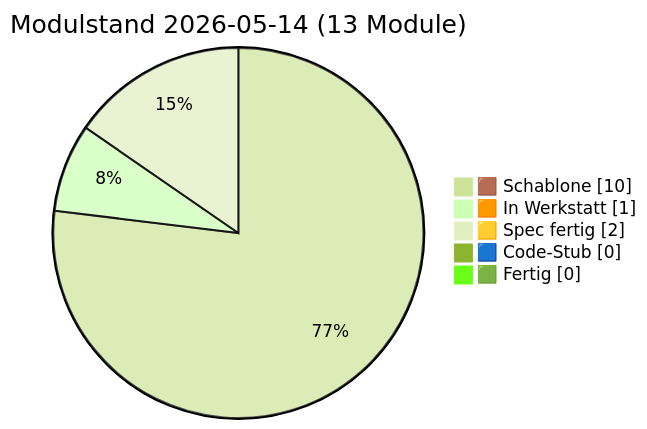
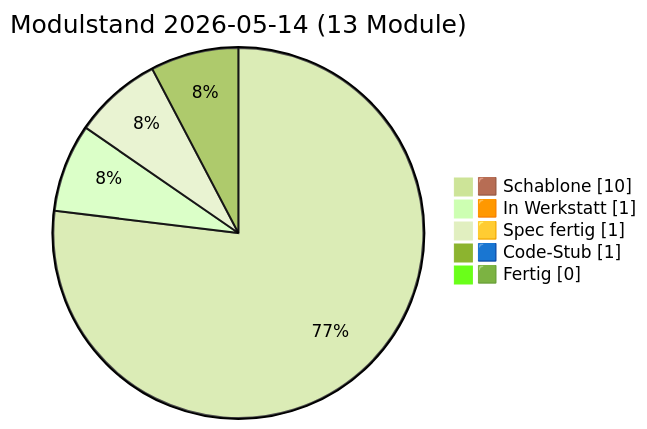
Before and after one commit to lausiklauskn-png/Sage-Protokol: the diagram in docs/PULS.md, drawn with Mermaid (forest theme). The commit also changed other lines of this file and 6 other files, not shown here.

First line of the commit message:
Bau-Sitzung Modul 01 Storage: Code-Stub

````diff
--- a/docs/PULS.md
+++ b/docs/PULS.md
@@ -16,9 +16,9 @@
 ```mermaid
 pie showData
   title Modulstand 2026-05-14 (13 Module)
   "🟫 Schablone" : 10
   "🟧 In Werkstatt" : 1
-  "🟨 Spec fertig" : 2
-  "🟦 Code-Stub" : 0
+  "🟨 Spec fertig" : 1
+  "🟦 Code-Stub" : 1
   "🟩 Fertig" : 0
 ```
````
